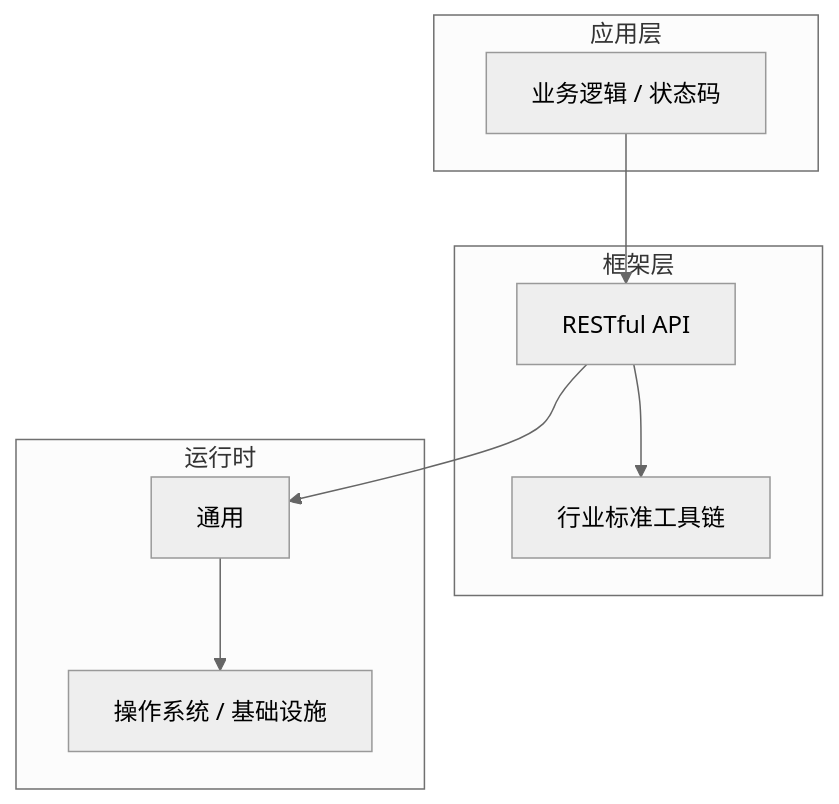
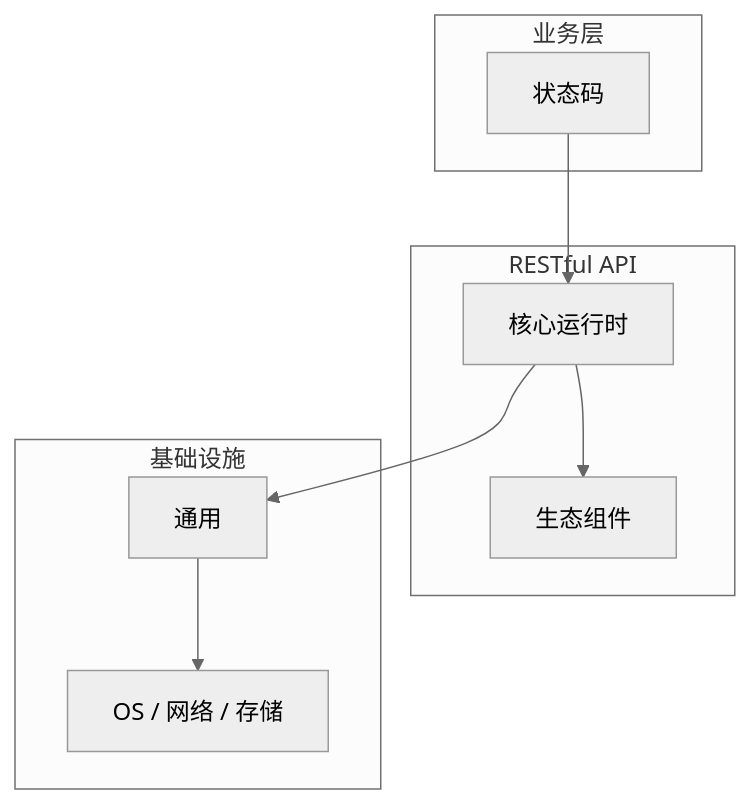
The diagram in articles/RESTful API/chapters/019-状态码核心概念与原理.md (yanggan2015/knowledge-json-v2), drawn with Mermaid (neutral theme) before and after one commit. The commit also changed other lines of this file and 10127 other files, not shown here.

````diff
--- a/articles/RESTful API/chapters/019-状态码核心概念与原理.md
+++ b/articles/RESTful API/chapters/019-状态码核心概念与原理.md
@@ -45,18 +34,18 @@
 ```mermaid
 graph TB
-    subgraph 应用层
-        A[业务逻辑 / 状态码]
+    subgraph 业务层
+        A[状态码]
     end
-    subgraph 框架层
-        B[RESTful API]
-        C[行业标准工具链]
+    subgraph RESTful API
+        B[核心运行时]
+        C[生态组件]
     end
-    subgraph 运行时
+    subgraph 基础设施
         D[通用]
-        E[操作系统 / 基础设施]
+        E[OS / 网络 / 存储]
     end
     A --> B
     B --> C
     B --> D
     D --> E
 ```
````
